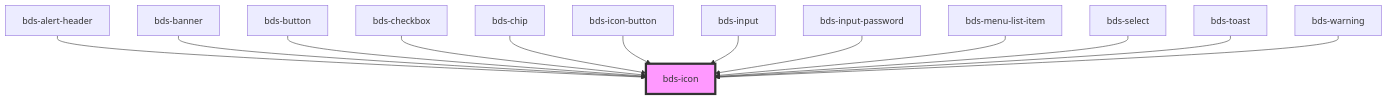
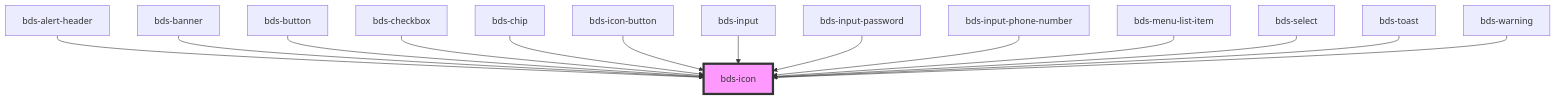
One commit to takenet/blip-ds changed the diagram in src/components/icon/readme.md. Above: the diagram before and after it, drawn with Mermaid. The commit also changed other lines of this file and 13 other files, not shown here.

First line of the commit message:
feat(component): add first scope of input phone number

````diff
--- a/src/components/icon/readme.md
+++ b/src/components/icon/readme.md
@@ -41,16 +42,17 @@
 ```mermaid
 graph TD;
   bds-alert-header --> bds-icon
   bds-banner --> bds-icon
   bds-button --> bds-icon
   bds-checkbox --> bds-icon
   bds-chip --> bds-icon
   bds-icon-button --> bds-icon
   bds-input --> bds-icon
   bds-input-password --> bds-icon
+  bds-input-phone-number --> bds-icon
   bds-menu-list-item --> bds-icon
   bds-select --> bds-icon
   bds-toast --> bds-icon
   bds-warning --> bds-icon
   style bds-icon fill:#f9f,stroke:#333,stroke-width:4px
 ```
````
